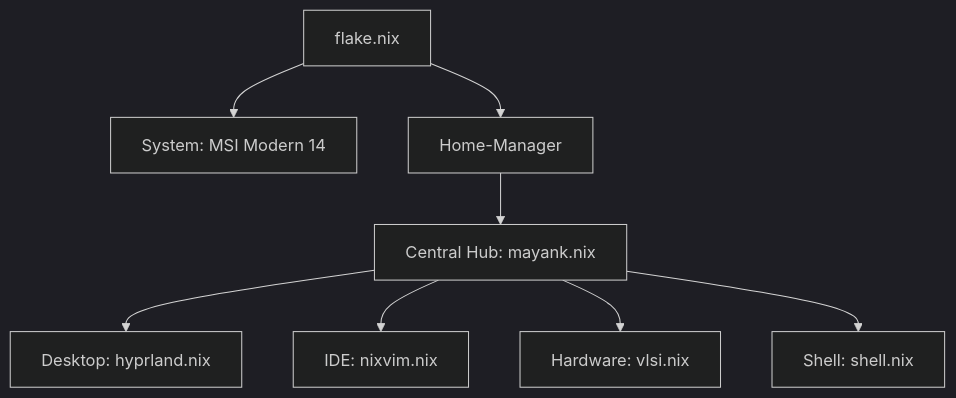
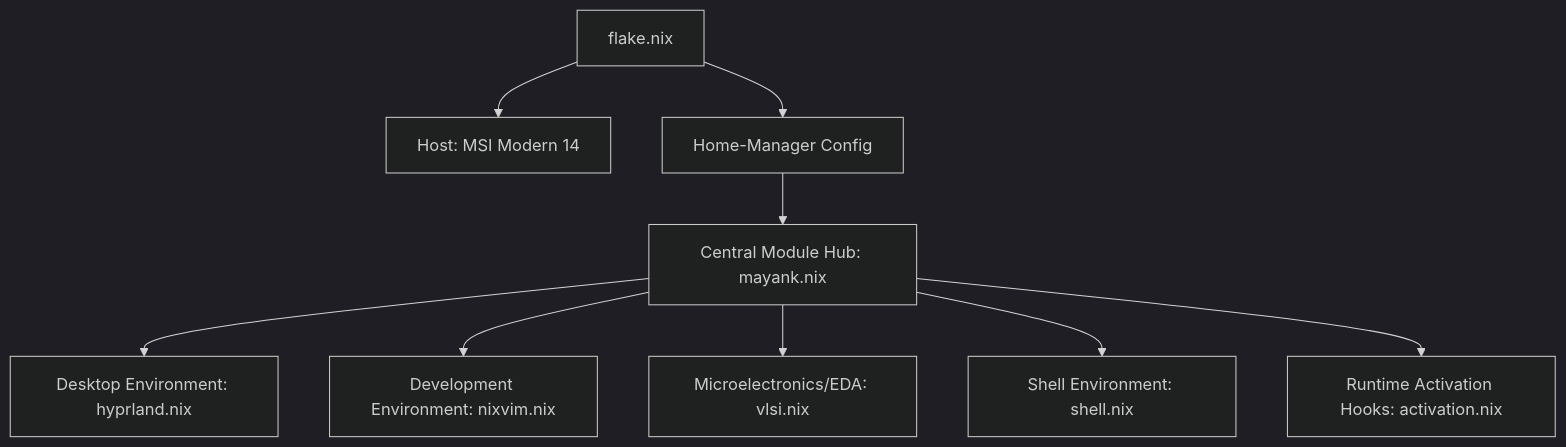
The diagram in README.md (techanand8/nix-config), drawn with Mermaid (dark theme) before and after one commit. The commit also changed other lines of this file and 1 other file, not shown here.

Commit message:
System Update - Generation  - 2026-05-21 12:05

````diff
--- a/README.md
+++ b/README.md
@@ -25,10 +25,11 @@
 ```mermaid
 graph TD
-    A[flake.nix] --> B[System: MSI Modern 14]
-    A --> C[Home-Manager]
-    C --> D[Central Hub: mayank.nix]
-    D --> E[Desktop: hyprland.nix]
-    D --> F[IDE: nixvim.nix]
-    D --> G[Hardware: vlsi.nix]
-    D --> H[Shell: shell.nix]
+    A[flake.nix] --> B[Host: MSI Modern 14]
+    A --> C[Home-Manager Config]
+    C --> D[Central Module Hub: mayank.nix]
+    D --> E[Desktop Environment: hyprland.nix]
+    D --> F[Development Environment: nixvim.nix]
+    D --> G[Microelectronics/EDA: vlsi.nix]
+    D --> H[Shell Environment: shell.nix]
+    D --> I[Runtime Activation Hooks: activation.nix]
 ```
````
